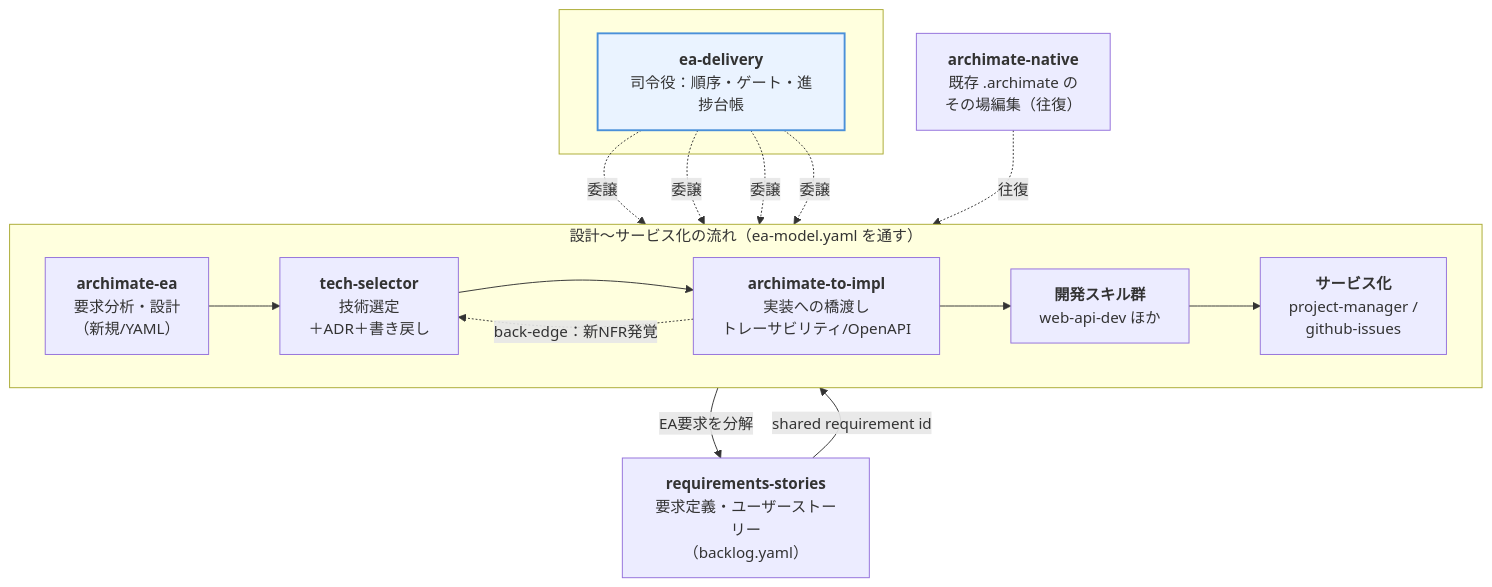
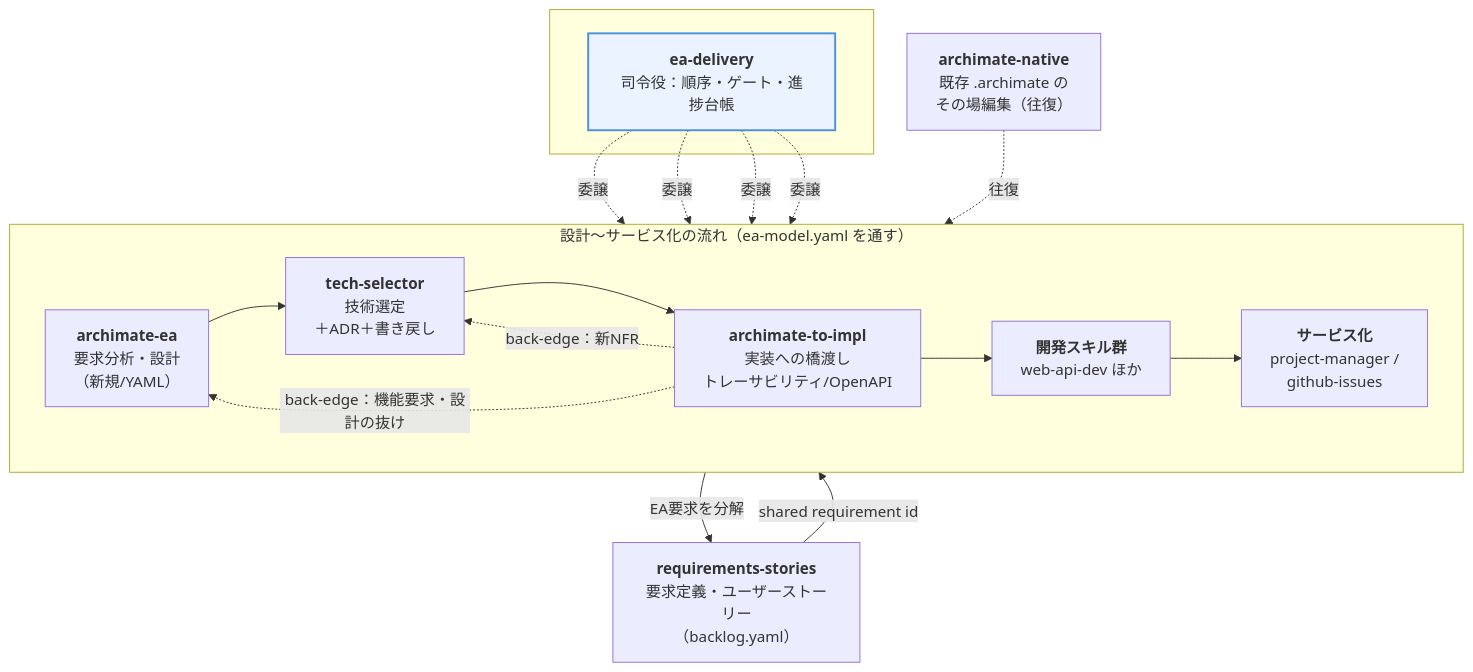
Before and after one commit to dobachi/claude-skills-marketplace: the diagram in site/ea/index.qmd, drawn with Mermaid. The commit also changed other lines of this file and 5 other files, not shown here.

First line of the commit message:
docs(site): rename オーファン→リンク切れ; reflect gaps ledger & general back-edge

````diff
--- a/site/ea/index.qmd
+++ b/site/ea/index.qmd
@@ -16,31 +16,32 @@
 ```{mermaid}
 flowchart TB
   subgraph Cond[" "]
     E["<b>ea-delivery</b><br/>司令役：順序・ゲート・進捗台帳"]
   end
 
   subgraph Chain["設計〜サービス化の流れ（ea-model.yaml を通す）"]
     direction LR
     A["<b>archimate-ea</b><br/>要求分析・設計<br/>（新規/YAML）"]
     T["<b>tech-selector</b><br/>技術選定<br/>＋ADR＋書き戻し"]
     I["<b>archimate-to-impl</b><br/>実装への橋渡し<br/>トレーサビリティ/OpenAPI"]
     D["<b>開発スキル群</b><br/>web-api-dev ほか"]
     S["<b>サービス化</b><br/>project-manager /<br/>github-issues"]
     A --> T --> I --> D --> S
-    I -. "back-edge：新NFR発覚" .-> T
+    I -. "back-edge：新NFR" .-> T
+    I -. "back-edge：機能要求・設計の抜け" .-> A
   end
 
   R["<b>requirements-stories</b><br/>要求定義・ユーザーストーリー<br/>（backlog.yaml）"]
   N["<b>archimate-native</b><br/>既存 .archimate の<br/>その場編集（往復）"]
 
   E -. 委譲 .-> A
   E -. 委譲 .-> T
   E -. 委譲 .-> I
   E -. 委譲 .-> D
   A -->|EA要求を分解| R
   R -->|shared requirement id| I
   N -. 往復 .-> A
 
   classDef hub fill:#eaf3ff,stroke:#4a90d9,stroke-width:2px;
   class E hub;
 ```
````
